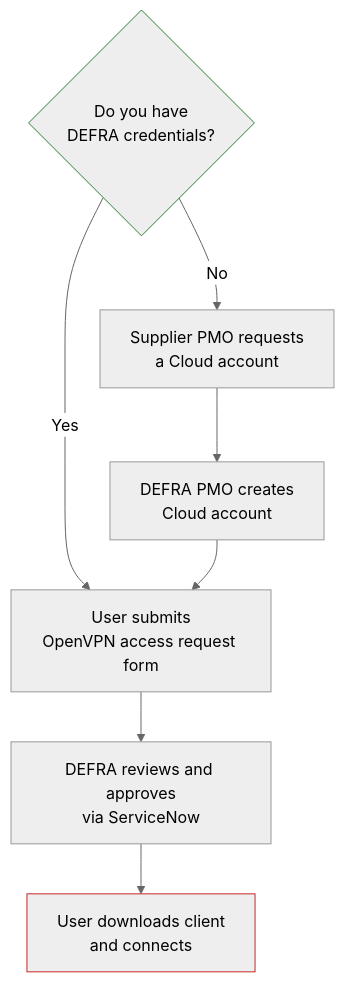
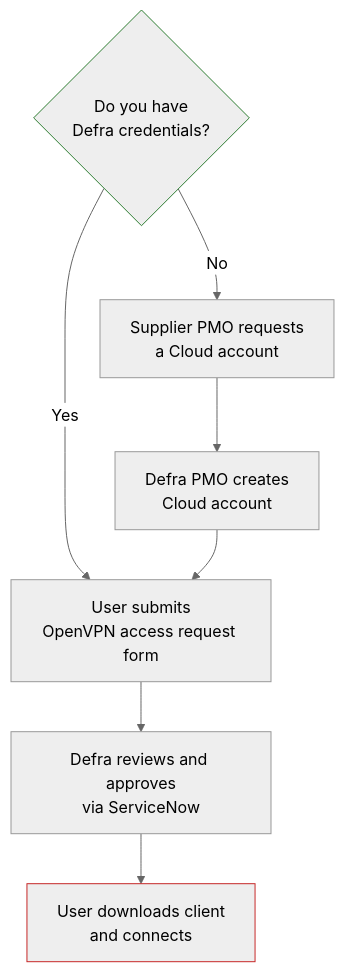
Before and after one commit to DEFRA/lap-blueprint-dev: the diagram in src/pages/delivery-management/open-vpn.md, drawn with Mermaid (neutral theme). The commit also changed other lines of this file and 27 other files, not shown here.

````diff
--- a/src/pages/delivery-management/open-vpn.md
+++ b/src/pages/delivery-management/open-vpn.md
@@ -106,21 +106,21 @@
 ```mermaid
 flowchart TD
-  NoCreds{"Do you have\nDEFRA credentials?"}
+  NoCreds{"Do you have\nDefra credentials?"}
   CloudReq["Supplier PMO requests\na Cloud account"]
-  CloudCreated["DEFRA PMO creates\nCloud account"]
+  CloudCreated["Defra PMO creates\nCloud account"]
   SubmitForm["User submits\nOpenVPN access request form"]
-  Review["DEFRA reviews and approves\nvia ServiceNow"]
+  Review["Defra reviews and approves\nvia ServiceNow"]
   Connect["User downloads client\nand connects"]
 
   NoCreds -- No --> CloudReq
   NoCreds -- Yes --> SubmitForm
   CloudReq --> CloudCreated
   CloudCreated --> SubmitForm
   SubmitForm --> Review
   Review --> Connect
 
   classDef startPoint stroke:#2e7d32
   classDef termination stroke:#c62828
   class NoCreds startPoint
   class Connect termination
 ```
````
